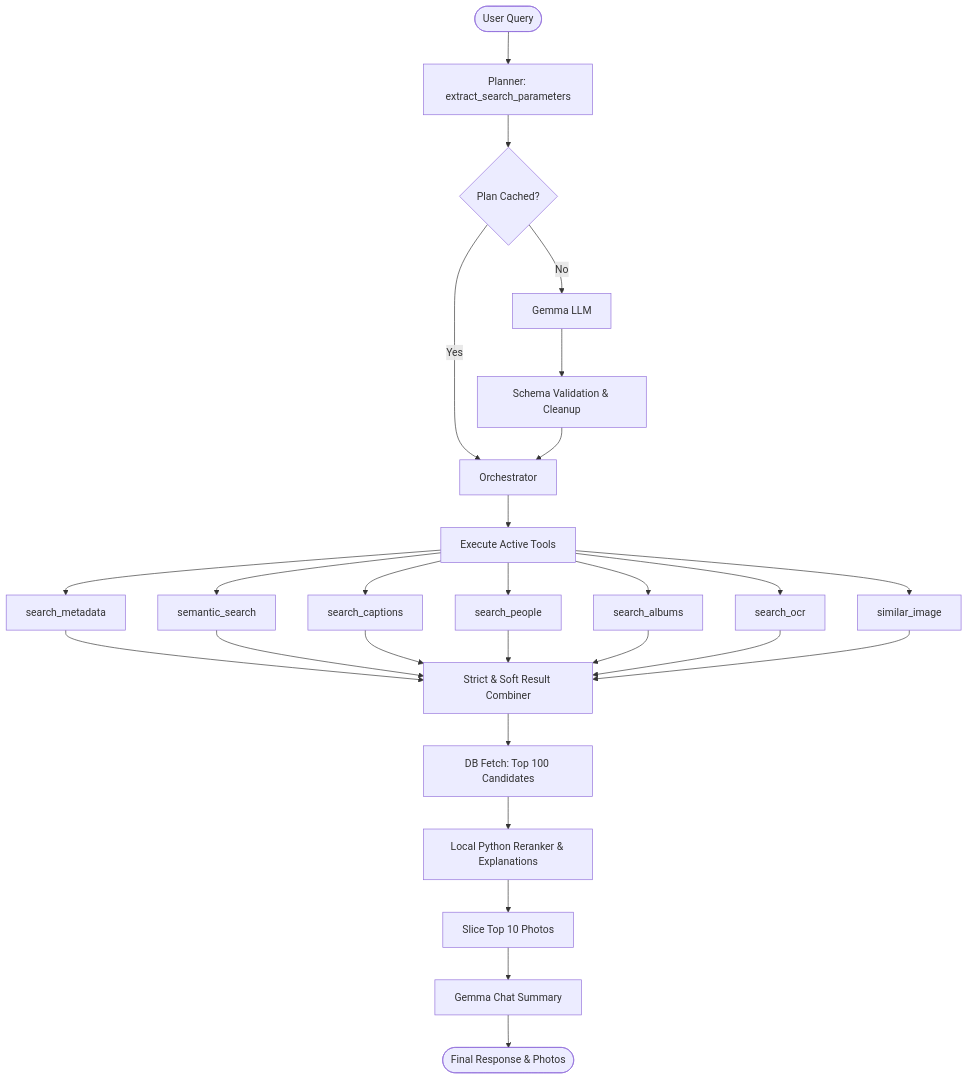
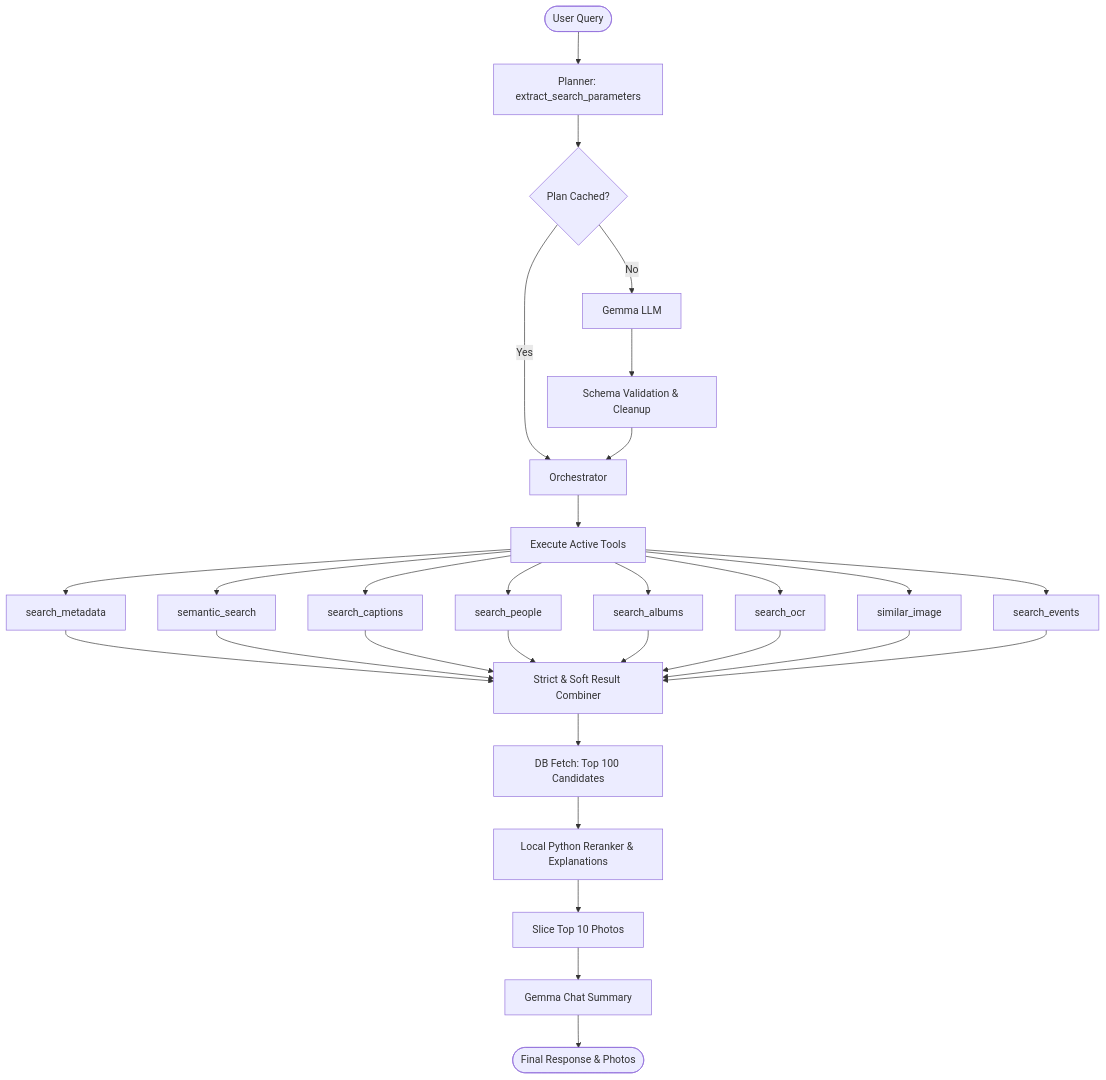
The diagram in backend/app/agent/Agent.md (VardhmanSurana/Prism), drawn with Mermaid before and after one commit. The commit also changed other lines of this file and 70 other files, not shown here.

````diff
--- a/backend/app/agent/Agent.md
+++ b/backend/app/agent/Agent.md
@@ -11,22 +11,23 @@
 ```mermaid
 graph TD
     User([User Query]) --> Planner[Planner: extract_search_parameters]
     Planner --> CacheCheck{Plan Cached?}
     CacheCheck -- Yes --> Orchestrator[Orchestrator]
     CacheCheck -- No --> LLMPlan[Gemma LLM] --> SchemaVal[Schema Validation & Cleanup] --> Orchestrator
     
     Orchestrator --> Tools[Execute Active Tools]
     Tools --> Metadata[search_metadata]
     Tools --> Semantic[semantic_search]
     Tools --> Captions[search_captions]
     Tools --> People[search_people]
     Tools --> Albums[search_albums]
     Tools --> OCR[search_ocr]
     Tools --> Similar[similar_image]
+    Tools --> Events[search_events]
     
-    Metadata & Semantic & Captions & People & Albums & OCR & Similar --> Combine[Strict & Soft Result Combiner]
+    Metadata & Semantic & Captions & People & Albums & OCR & Similar & Events --> Combine[Strict & Soft Result Combiner]
     Combine --> DBQuery[DB Fetch: Top 100 Candidates]
     DBQuery --> Score[Local Python Reranker & Explanations]
     Score --> Filter[Slice Top 10 Photos]
     Filter --> RespGen[Gemma Chat Summary] --> UserResponse([Final Response & Photos])
 ```
````
